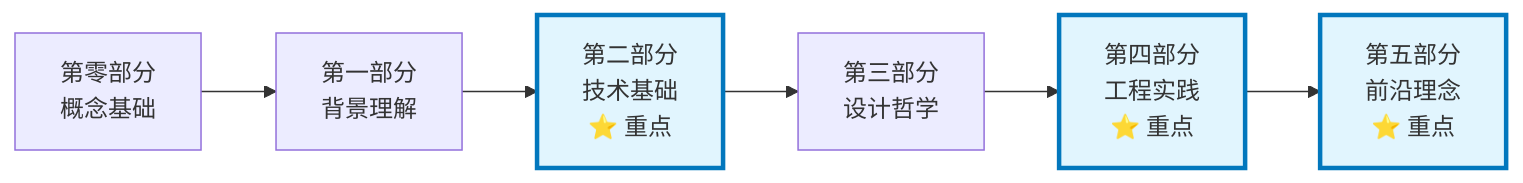
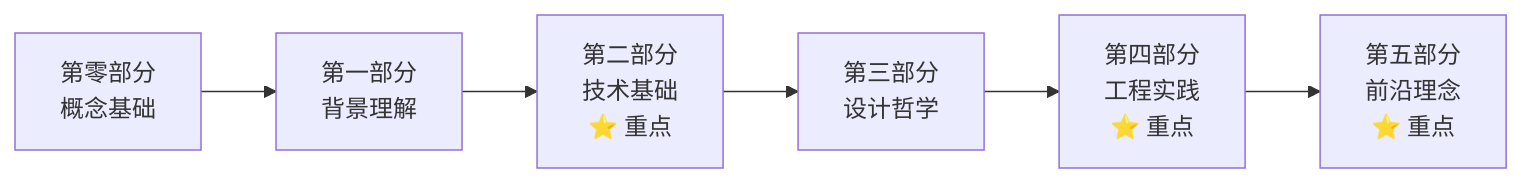
The seventh of 7 diagrams in 前言部分/如何使用本书.md (youyoude/agi-app-dev-guide-book), drawn with Mermaid before and after one commit. The commit also changed other lines of this file and 4 other files, not shown here.

````diff
--- a/前言部分/如何使用本书.md
+++ b/前言部分/如何使用本书.md
@@ -283,11 +260,9 @@
 ```mermaid
 graph LR
     A[第零部分<br/>概念基础] --> B[第一部分<br/>背景理解]
     B --> C[第二部分<br/>技术基础<br/>⭐ 重点]
     C --> D[第三部分<br/>设计哲学]
     D --> E[第四部分<br/>工程实践<br/>⭐ 重点]
     E --> F[第五部分<br/>前沿理念<br/>⭐ 重点]
     
-    classDef important fill:#e1f5fe,stroke:#0277bd,stroke-width:3px
-    class C,E,F important
 ```
````
